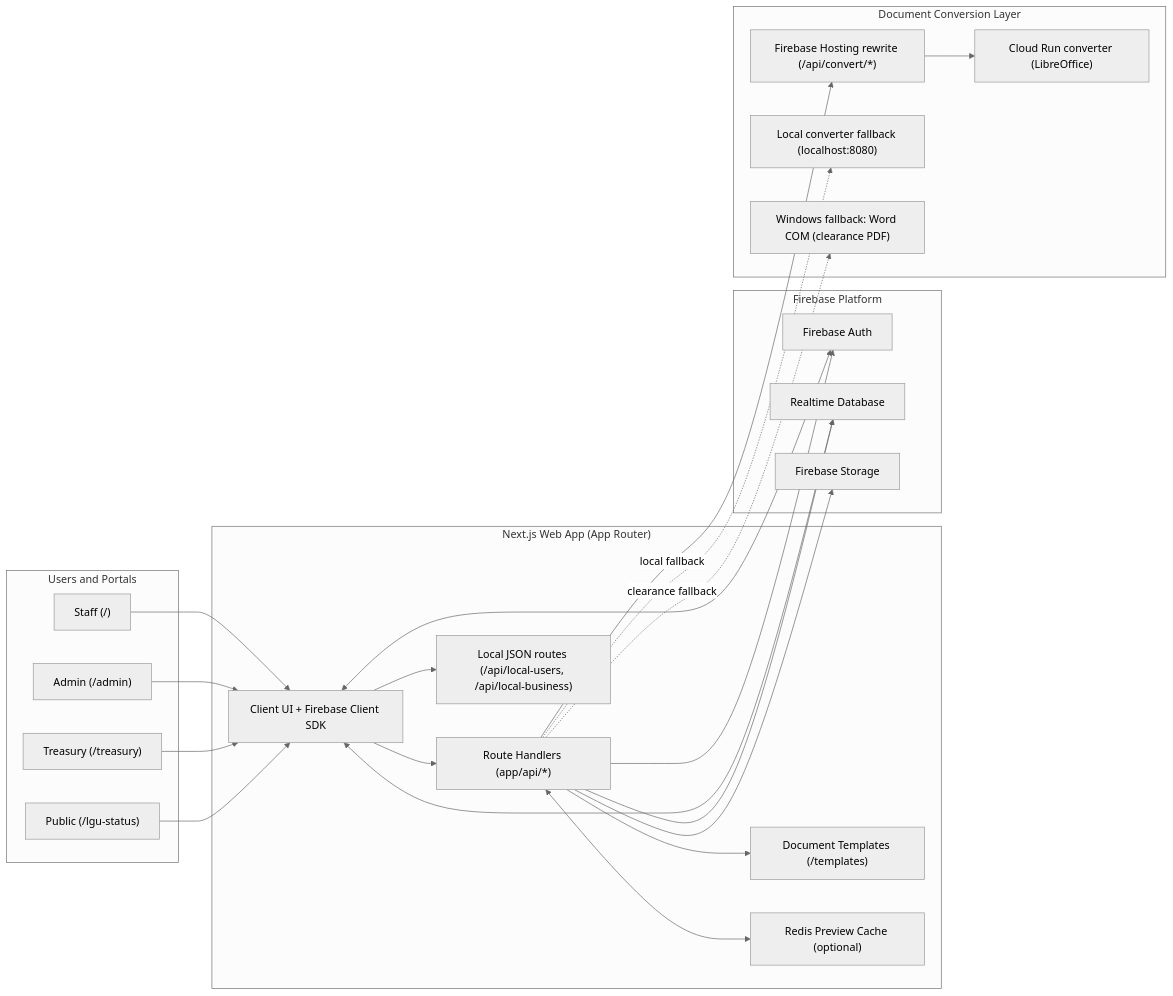
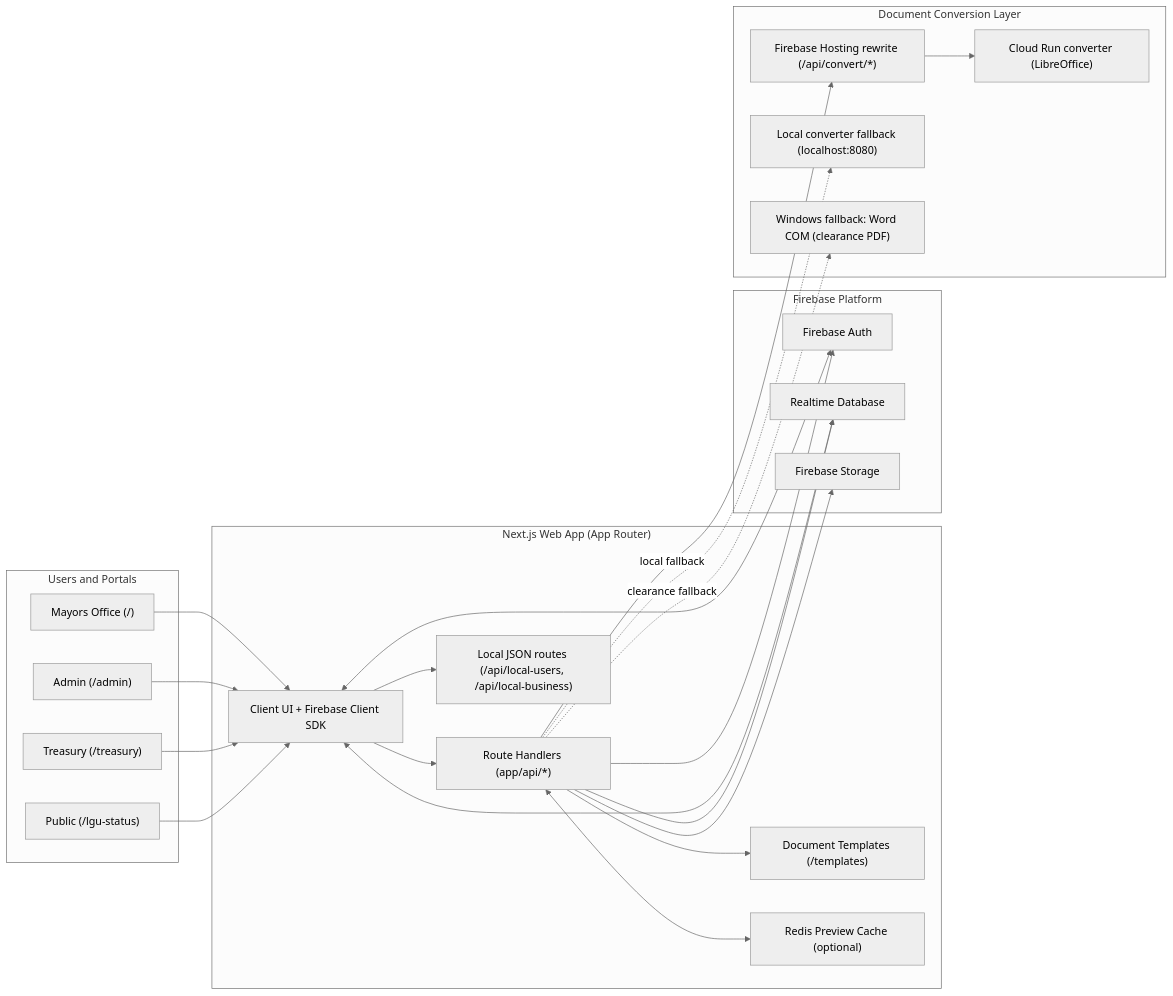
The diagram in README.md (ChristianKingaw/Sabangan-BOSS-webapp), drawn with Mermaid (neutral theme) before and after one commit. The commit also changed other lines of this file and 29 other files, not shown here.

````diff
--- a/README.md
+++ b/README.md
@@ -49,50 +49,50 @@
 ```mermaid
 flowchart LR
   subgraph Actors["Users and Portals"]
-    staff["Staff (/)"]
+    mayorsOffice["Mayors Office (/)"]
     admin["Admin (/admin)"]
     treasury["Treasury (/treasury)"]
     public["Public (/lgu-status)"]
   end
 
   subgraph Web["Next.js Web App (App Router)"]
     ui["Client UI + Firebase Client SDK"]
     api["Route Handlers (app/api/*)"]
     templates["Document Templates (/templates)"]
     cache["Redis Preview Cache (optional)"]
     localjson["Local JSON routes (/api/local-users, /api/local-business)"]
   end
 
   subgraph Firebase["Firebase Platform"]
     auth["Firebase Auth"]
     rtdb["Realtime Database"]
     storage["Firebase Storage"]
   end
 
   subgraph Convert["Document Conversion Layer"]
     rewrite["Firebase Hosting rewrite (/api/convert/*)"]
     cloudrun["Cloud Run converter (LibreOffice)"]
     localconv["Local converter fallback (localhost:8080)"]
     wordcom["Windows fallback: Word COM (clearance PDF)"]
   end
 
-  staff --> ui
+  mayorsOffice --> ui
   admin --> ui
   treasury --> ui
   public --> ui
 
   ui <--> auth
   ui <--> rtdb
   ui --> api
   ui --> localjson
 
   api --> auth
   api --> rtdb
   api --> storage
   api --> templates
   api <--> cache
 
   api --> rewrite --> cloudrun
   api -. local fallback .-> localconv
   api -. clearance fallback .-> wordcom
 ```
````
